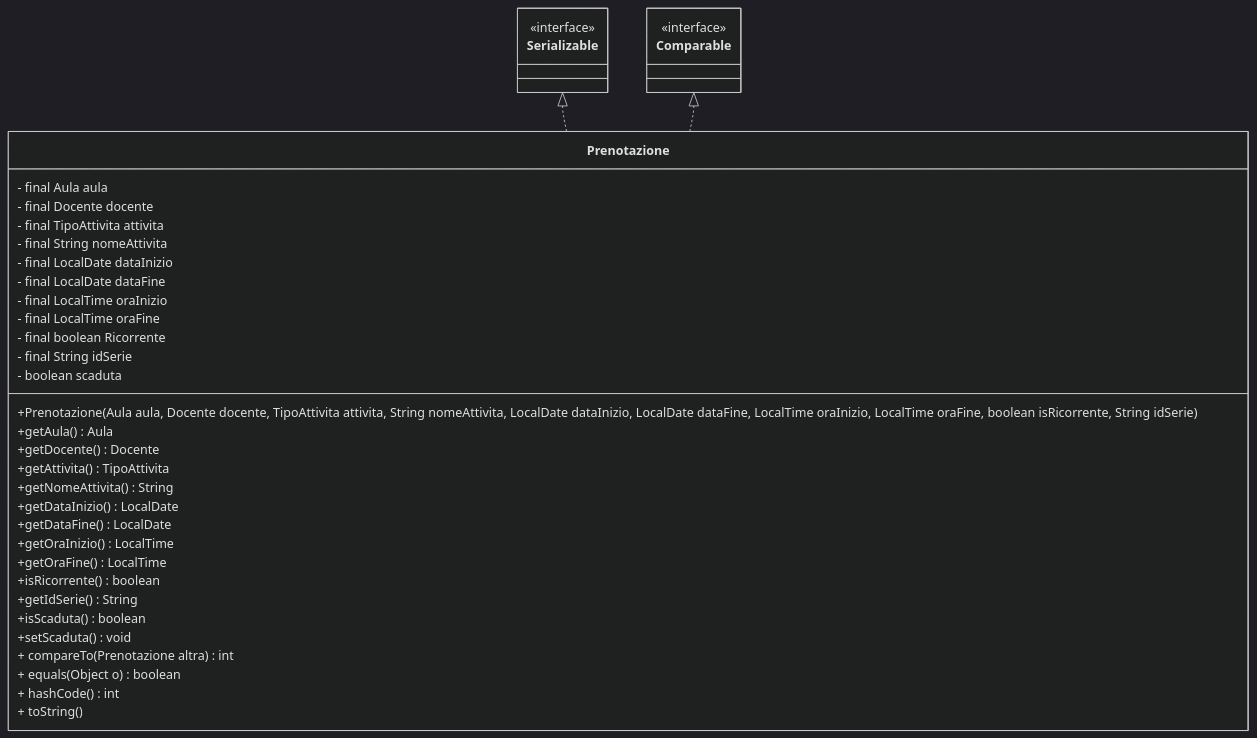
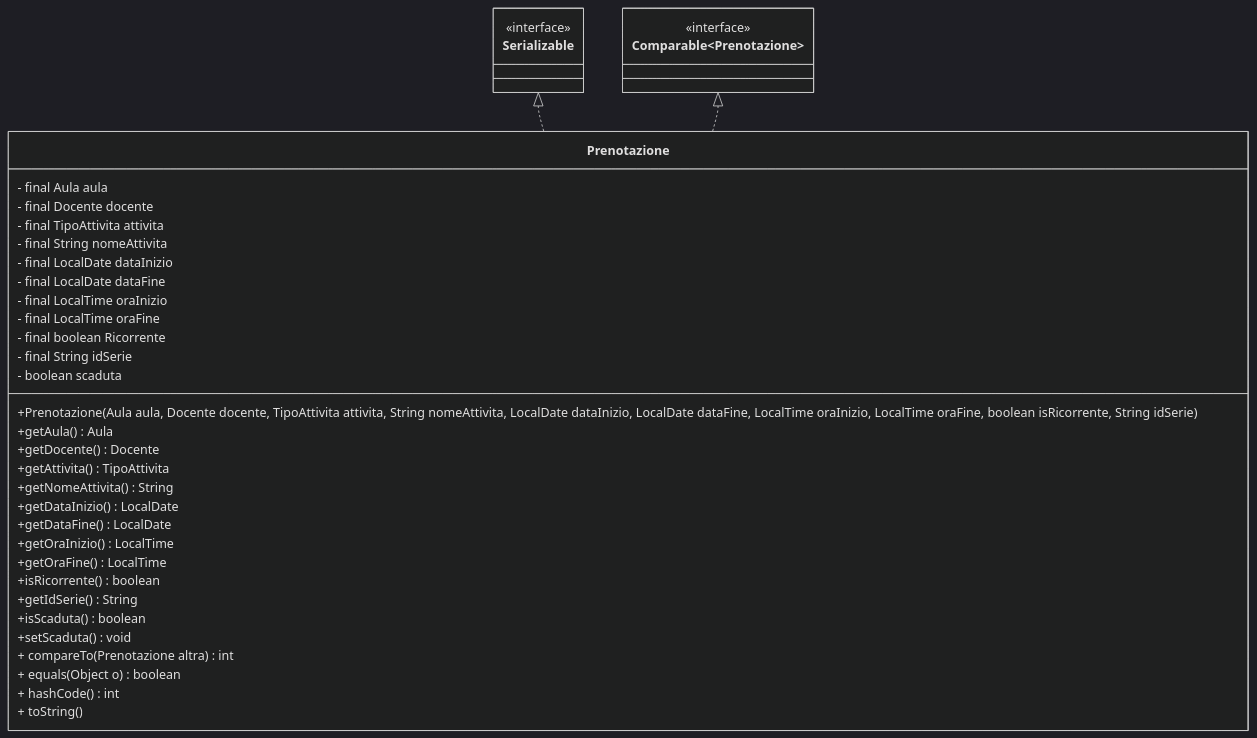
One commit to gcarbone48/PrenotazioneAule5 changed the diagram in diagrams/class diagrams/prenotazioneClassDiagram.md. Above: the diagram before and after it, drawn with Mermaid (dark theme).

Commit message:
FIX: aggiunto tipo Prenotazione all'interfaccia Comparable nel diagramma di classe Prenotazione

````diff
--- a/diagrams/class diagrams/prenotazioneClassDiagram.md
+++ b/diagrams/class diagrams/prenotazioneClassDiagram.md
@@ -1,50 +1,50 @@
 ```mermaid
 classDiagram
 
     class Serializable {
              <<interface>>
     }
-    class Comparable {
+    class Comparable~Prenotazione~{
              <<interface>>
     }
 
     Serializable <|.. Prenotazione
     Comparable <|.. Prenotazione
 
 
  class Prenotazione{
         - final Aula aula
         - final Docente docente
         - final TipoAttivita attivita
         - final String nomeAttivita
         - final LocalDate dataInizio
         - final LocalDate dataFine
         - final LocalTime oraInizio
         - final LocalTime oraFine
         - final boolean Ricorrente
         - final String idSerie
         - boolean scaduta
 
         %%Costruttore 
 
         +Prenotazione(Aula aula, Docente docente, TipoAttivita attivita, String nomeAttivita, LocalDate dataInizio, LocalDate dataFine, LocalTime oraInizio, LocalTime oraFine, boolean isRicorrente, String idSerie) 
         +getAula() Aula
         +getDocente() Docente
         +getAttivita() TipoAttivita
         +getNomeAttivita() String
         +getDataInizio() LocalDate
         +getDataFine() LocalDate
         +getOraInizio() LocalTime
         +getOraFine() LocalTime
         +isRicorrente() boolean
         +getIdSerie() String
         +isScaduta() boolean
         +setScaduta() void
         + compareTo(Prenotazione altra) int
         + equals(Object o) boolean
         + hashCode() int
         + toString()
         
 
     }
 ```
````
